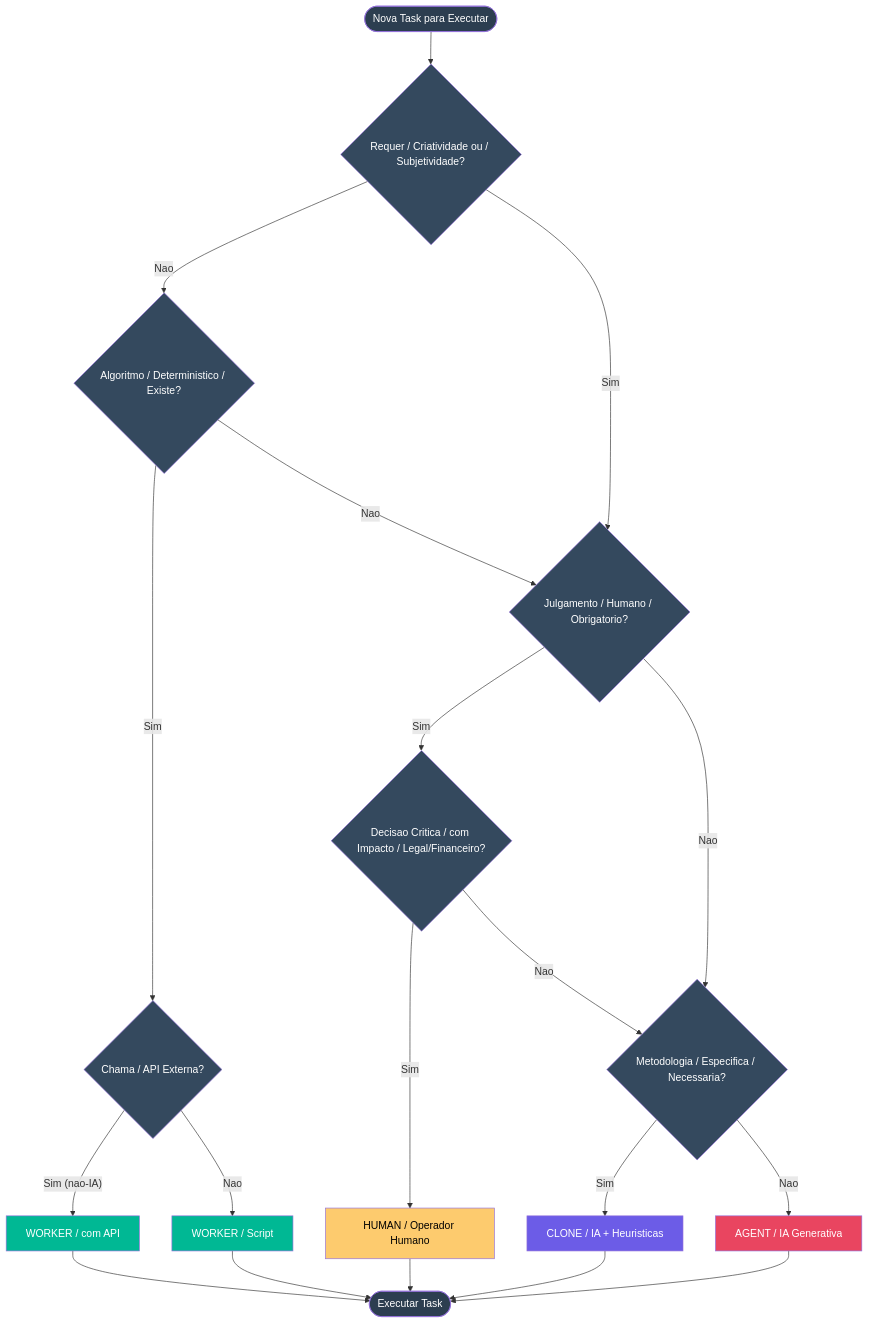
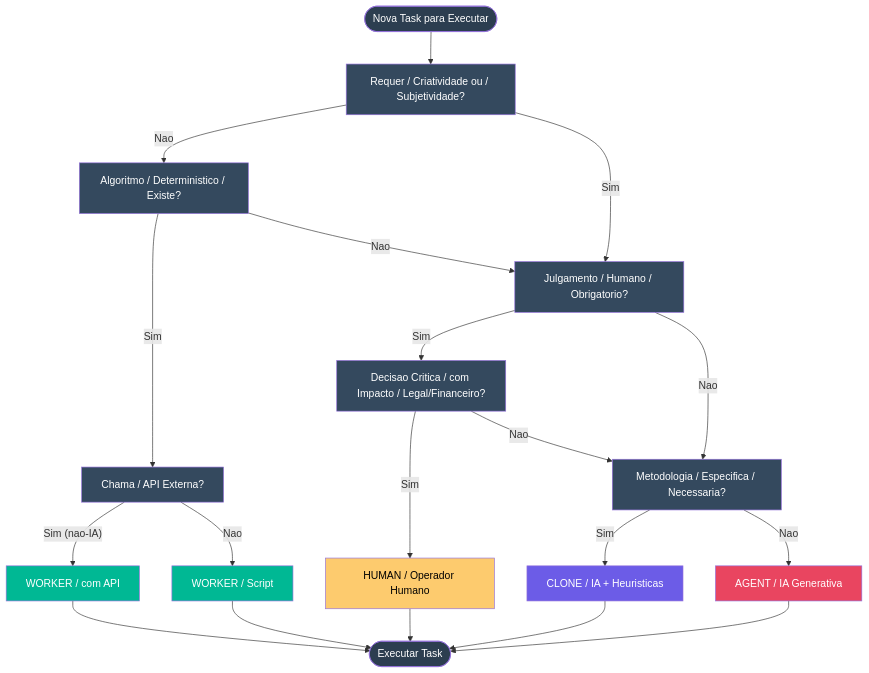
The fifth of 12 diagrams in content/en/docs/architecture/AIOS-VISUAL-OVERVIEW.mdx (bychrisr/aios-docs), drawn with Mermaid before and after one commit. The commit also changed other lines of this file and 40 other files, not shown here.

````diff
--- a/content/en/docs/architecture/AIOS-VISUAL-OVERVIEW.mdx
+++ b/content/en/docs/architecture/AIOS-VISUAL-OVERVIEW.mdx
@@ -243,42 +243,42 @@
 ```mermaid
 flowchart TD
-    START(["Nova Task para Executar"]) --> Q1{"Requer / Criatividade ou / Subjetividade?"}
+    START(["Nova Task para Executar"]) --> Q1["Requer / Criatividade ou / Subjetividade?"]
 
-    Q1 -->|"Nao"| Q2{"Algoritmo / Deterministico / Existe?"}
-    Q1 -->|"Sim"| Q3{"Julgamento / Humano / Obrigatorio?"}
+    Q1 -->|"Nao"| Q2["Algoritmo / Deterministico / Existe?"]
+    Q1 -->|"Sim"| Q3["Julgamento / Humano / Obrigatorio?"]
 
-    Q2 -->|"Sim"| Q4{"Chama / API Externa?"}
+    Q2 -->|"Sim"| Q4["Chama / API Externa?"]
     Q2 -->|"Nao"| Q3
 
-    Q3 -->|"Sim"| Q5{"Decisao Critica / com Impacto / Legal/Financeiro?"}
-    Q3 -->|"Nao"| Q6{"Metodologia / Especifica / Necessaria?"}
+    Q3 -->|"Sim"| Q5["Decisao Critica / com Impacto / Legal/Financeiro?"]
+    Q3 -->|"Nao"| Q6["Metodologia / Especifica / Necessaria?"]
 
     Q4 -->|"Sim (nao-IA)"| WORKER1["WORKER / com API"]
     Q4 -->|"Nao"| WORKER2["WORKER / Script"]
 
     Q5 -->|"Sim"| HUMAN["HUMAN / Operador Humano"]
     Q5 -->|"Nao"| Q6
 
     Q6 -->|"Sim"| CLONE["CLONE / IA + Heuristicas"]
     Q6 -->|"Nao"| AGENT["AGENT / IA Generativa"]
 
     WORKER1 --> EXEC(["Executar Task"])
     WORKER2 --> EXEC
     HUMAN --> EXEC
     CLONE --> EXEC
     AGENT --> EXEC
 
     style START fill:#2c3e50,color:#fff
     style EXEC fill:#2c3e50,color:#fff
     style WORKER1 fill:#00b894,color:#fff
     style WORKER2 fill:#00b894,color:#fff
     style HUMAN fill:#fdcb6e,color:#000
     style CLONE fill:#6c5ce7,color:#fff
     style AGENT fill:#e94560,color:#fff
     style Q1 fill:#34495e,color:#fff
     style Q2 fill:#34495e,color:#fff
     style Q3 fill:#34495e,color:#fff
     style Q4 fill:#34495e,color:#fff
     style Q5 fill:#34495e,color:#fff
     style Q6 fill:#34495e,color:#fff
 ```
````
